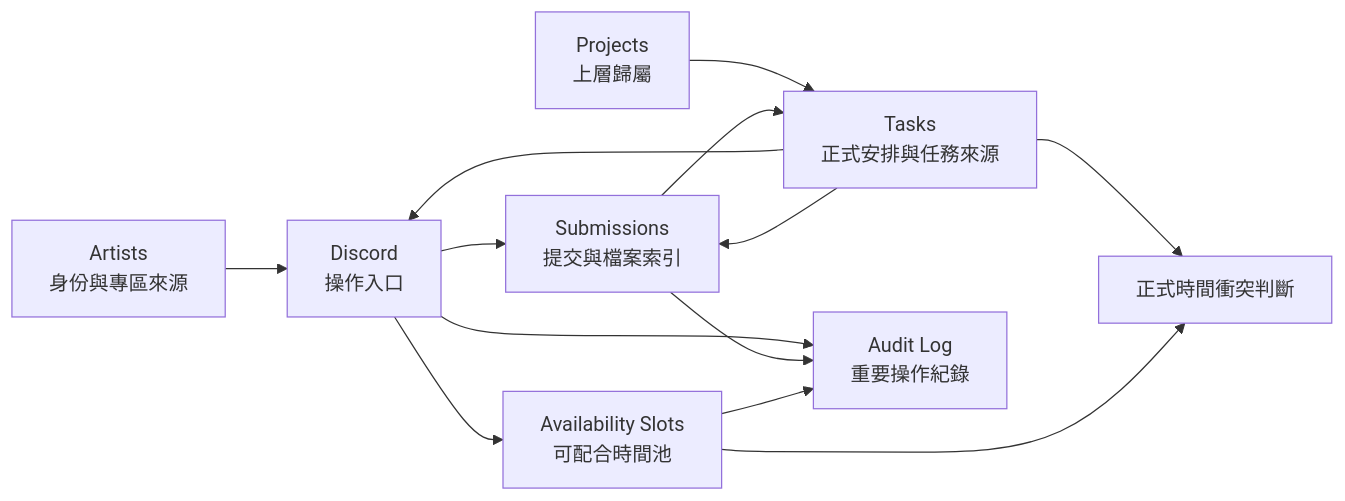
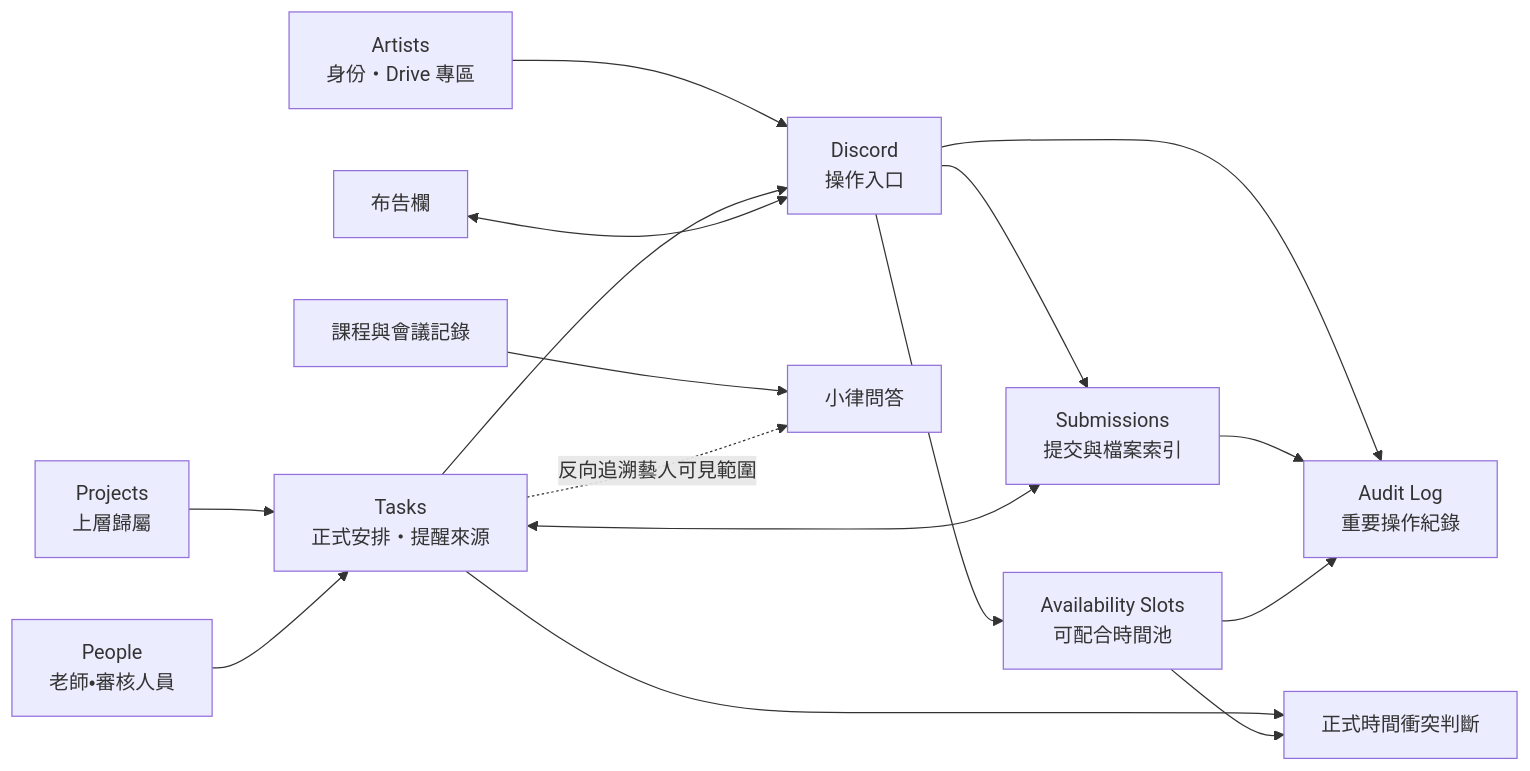
The seventh of 7 diagrams in docs/foundation/FLOWCHART.md (johnnysun0621/kari-kari-ai-ops), drawn with Mermaid before and after one commit. The commit also changed other lines of this file and 9 other files, not shown here.

````diff
--- a/docs/foundation/FLOWCHART.md
+++ b/docs/foundation/FLOWCHART.md
@@ -62,19 +226,23 @@
 ```mermaid
 flowchart LR
-    Artists["Artists\n身份與專區來源"] --> Discord["Discord\n操作入口"]
-    Discord --> Availability["Availability Slots\n可配合時間池"]
-    Discord --> Submissions["Submissions\n提交與檔案索引"]
+    Artists["Artists<br/>身份・Drive 專區"] --> Discord["Discord<br/>操作入口"]
+    Discord --> Availability["Availability Slots<br/>可配合時間池"]
+    Discord --> Submissions["Submissions<br/>提交與檔案索引"]
 
-    Projects["Projects\n上層歸屬"] --> Tasks["Tasks\n正式安排與任務來源"]
+    Projects["Projects<br/>上層歸屬"] --> Tasks["Tasks<br/>正式安排・提醒來源"]
+    People["People<br/>老師・審核人員"] --> Tasks
     Tasks --> Discord
-    Tasks --> Submissions
-    Submissions --> Tasks
+    Tasks <--> Submissions
 
-    Tasks --> ScheduleCheck["正式時間衝突判斷"]
-    Availability --> ScheduleCheck
+    Tasks --> Conflict["正式時間衝突判斷"]
+    Availability --> Conflict
 
-    AuditLog["Audit Log\n重要操作紀錄"]
-    Discord --> AuditLog
-    Submissions --> AuditLog
-    Availability --> AuditLog
+    Meetings["課程與會議記錄"] --> QA["小律問答"]
+    Tasks -.反向追溯藝人可見範圍.-> QA
+
+    Bulletin["布告欄"] <--> Discord
+    Audit["Audit Log<br/>重要操作紀錄"]
+    Discord --> Audit
+    Submissions --> Audit
+    Availability --> Audit
 ```
````
